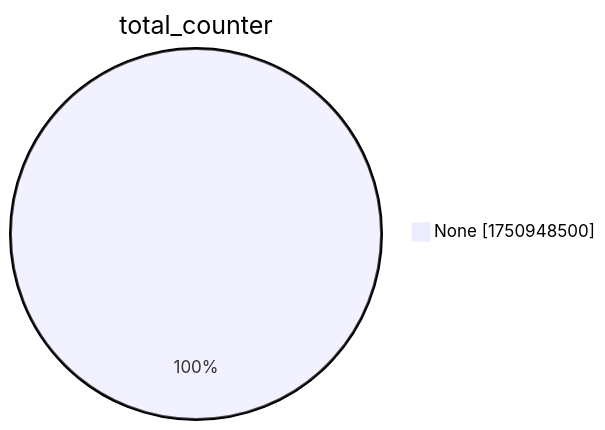
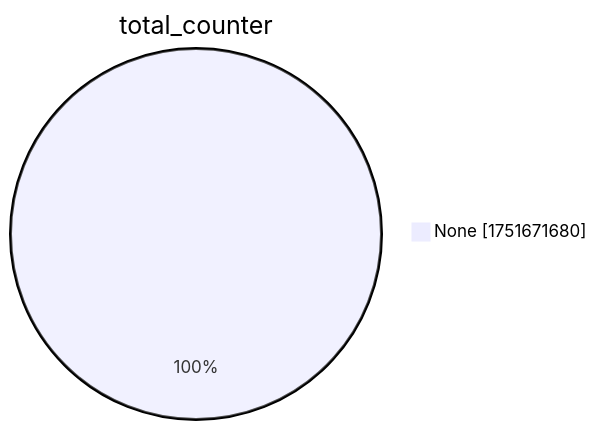
Before and after one commit to christiankrug/ctmonitor_visualization: the second of 15 diagrams in xenon2022/README.md, drawn with Mermaid. The commit also changed other lines of this file, not shown here.

````diff
--- a/xenon2022/README.md
+++ b/xenon2022/README.md
@@ -9,5 +9,5 @@
 ```mermaid
 pie showData
 title total_counter
-"None" :1750948500
+"None" :1751671680
 ```
````
